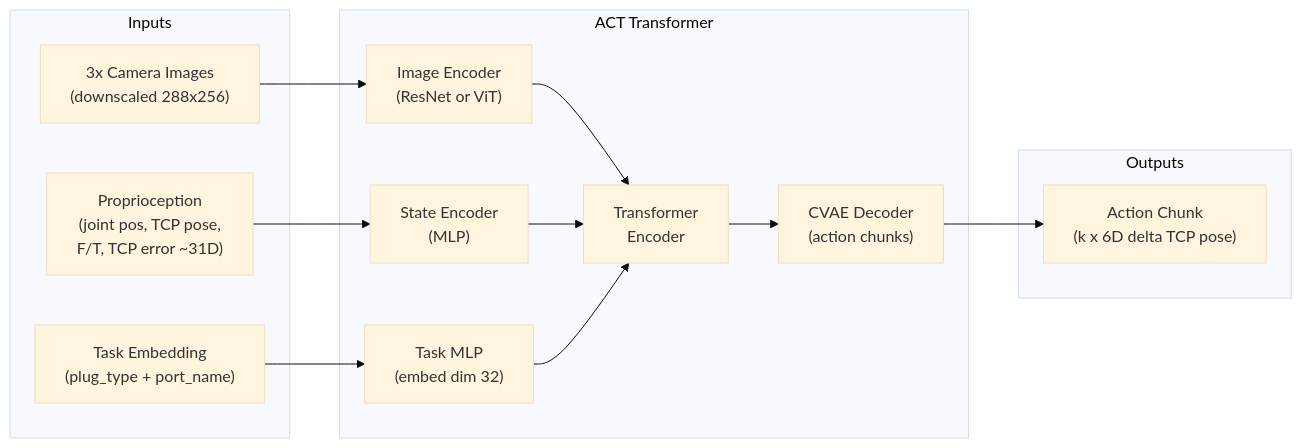
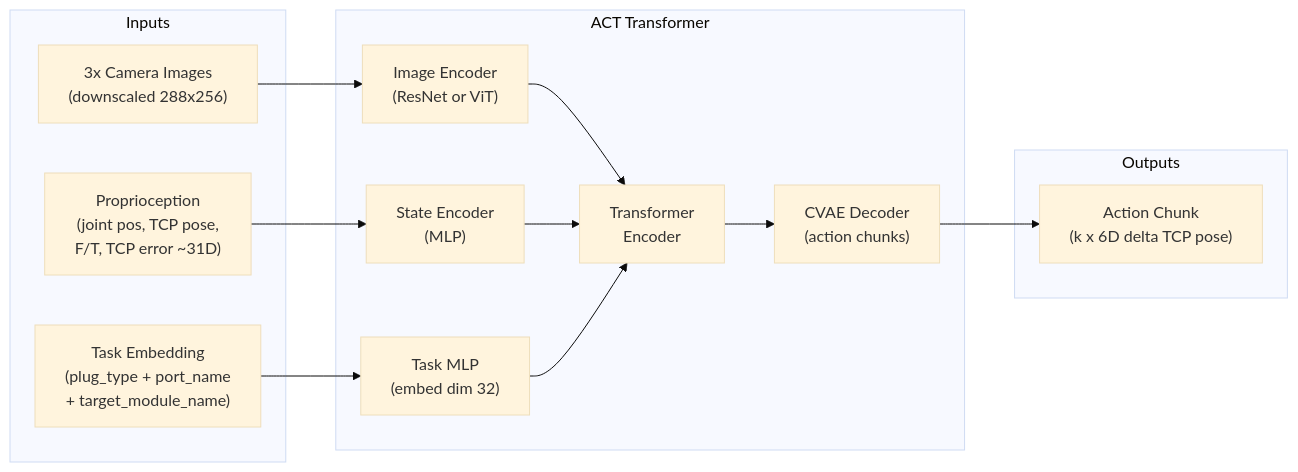
Before and after one commit to dqandco/aic: the diagram in .cursor/plans/aic_challenge_approach_02a6a68f.plan.md, drawn with Mermaid (base theme). The commit also changed other lines of this file and 4 other files, not shown here.

````diff
--- a/.cursor/plans/aic_challenge_approach_02a6a68f.plan.md
+++ b/.cursor/plans/aic_challenge_approach_02a6a68f.plan.md
@@ -61,25 +61,25 @@
 ```mermaid
 flowchart LR
     subgraph inputs [Inputs]
         Cameras["3x Camera Images\n(downscaled 288x256)"]
         Proprio["Proprioception\n(joint pos, TCP pose,\nF/T, TCP error ~31D)"]
-        TaskEmb["Task Embedding\n(plug_type + port_name)"]
+        TaskEmb["Task Embedding\n(plug_type + port_name\n+ target_module_name)"]
     end
 
     subgraph model [ACT Transformer]
         ViT["Image Encoder\n(ResNet or ViT)"]
         StateEnc["State Encoder\n(MLP)"]
         TaskMLP["Task MLP\n(embed dim 32)"]
         TransformerEnc["Transformer\nEncoder"]
         CVAEDec["CVAE Decoder\n(action chunks)"]
     end
 
     subgraph outputs [Outputs]
         Actions["Action Chunk\n(k x 6D delta TCP pose)"]
     end
 
     Cameras --> ViT --> TransformerEnc
     Proprio --> StateEnc --> TransformerEnc
     TaskEmb --> TaskMLP --> TransformerEnc
     TransformerEnc --> CVAEDec --> Actions
 ```
````
